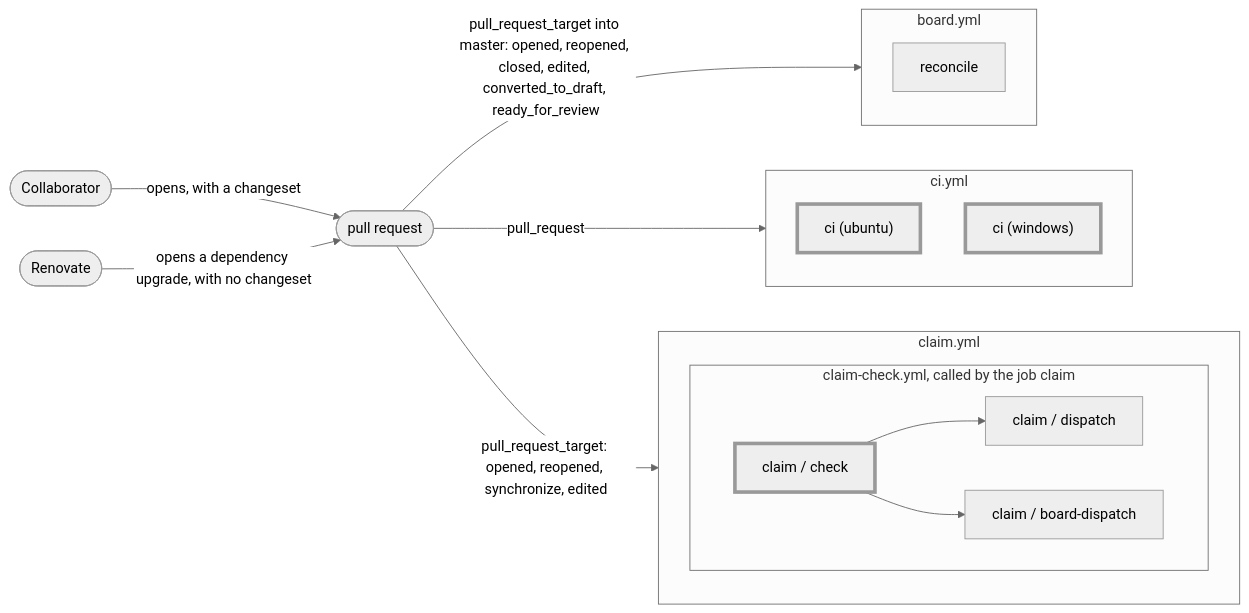
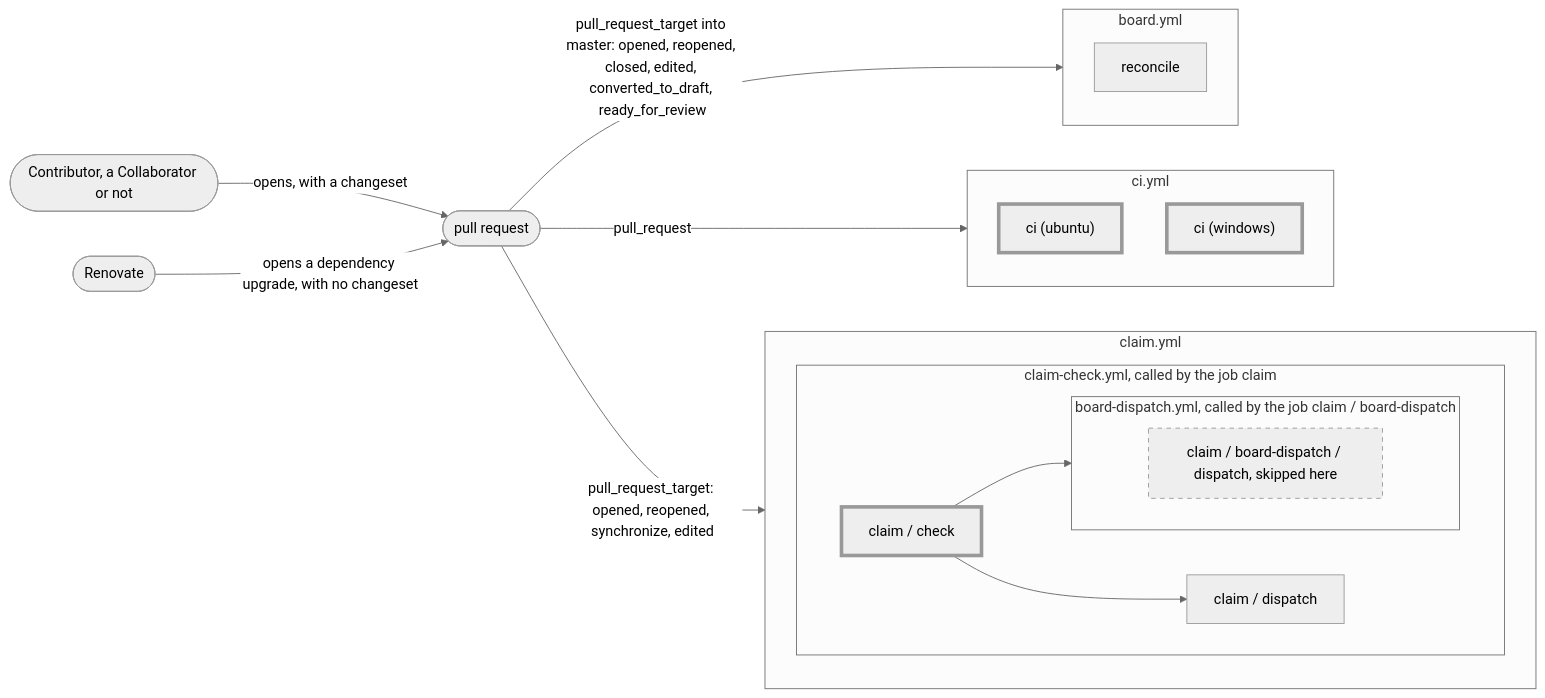
One commit to phmilk/reforged-ts changed the first of 2 diagrams in CONTRIBUTING.md. Above: the diagram before and after it, drawn with Mermaid (neutral theme). The commit also changed other lines of this file and 3 other files, not shown here.

First line of the commit message:
fix(release): the CI diagram draws a job skipped here as skipped, under its check's name (#670)

````diff
--- a/CONTRIBUTING.md
+++ b/CONTRIBUTING.md
@@ -25,31 +25,35 @@
 ```mermaid
 flowchart LR
   %% diagram: pull-request-ci
   %% Generated from the workflows a pull_request or pull_request_target event triggers, and the required checks of the committed ruleset.
-  collaborator(["Collaborator"])
+  contributor(["Contributor, a Collaborator or not"])
   renovate(["Renovate"])
   pull_request(["pull request"])
-  collaborator -->|"opens, with a changeset"| pull_request
+  contributor -->|"opens, with a changeset"| pull_request
   renovate -->|"opens a dependency upgrade, with no changeset"| pull_request
   subgraph board_yml["board.yml"]
     board_yml_reconcile["reconcile"]
   end
   subgraph ci_yml["ci.yml"]
     ci_yml_ci_ubuntu["ci (ubuntu)"]
     ci_yml_ci_windows["ci (windows)"]
   end
   subgraph claim_yml["claim.yml"]
     subgraph claim_yml_claim["claim-check.yml, called by the job claim"]
       claim_yml_claim_check["claim / check"]
       claim_yml_claim_dispatch["claim / dispatch"]
-      claim_yml_claim_board_dispatch["claim / board-dispatch"]
+      subgraph claim_yml_claim_board_dispatch["board-dispatch.yml, called by the job claim / board-dispatch"]
+        claim_yml_claim_board_dispatch_dispatch["claim / board-dispatch / dispatch, skipped here"]
+      end
     end
   end
   pull_request -->|"pull_request_target into master: opened, reopened, closed, edited, converted_to_draft, ready_for_review"| board_yml
   pull_request -->|"pull_request"| ci_yml
   pull_request -->|"pull_request_target: opened, reopened, synchronize, edited"| claim_yml
   claim_yml_claim_check --> claim_yml_claim_dispatch
   claim_yml_claim_check --> claim_yml_claim_board_dispatch
   classDef required stroke-width:4px
   class ci_yml_ci_ubuntu,ci_yml_ci_windows,claim_yml_claim_check required
+  classDef skipped stroke-dasharray:5 5
+  class claim_yml_claim_board_dispatch_dispatch skipped
 ```
````
